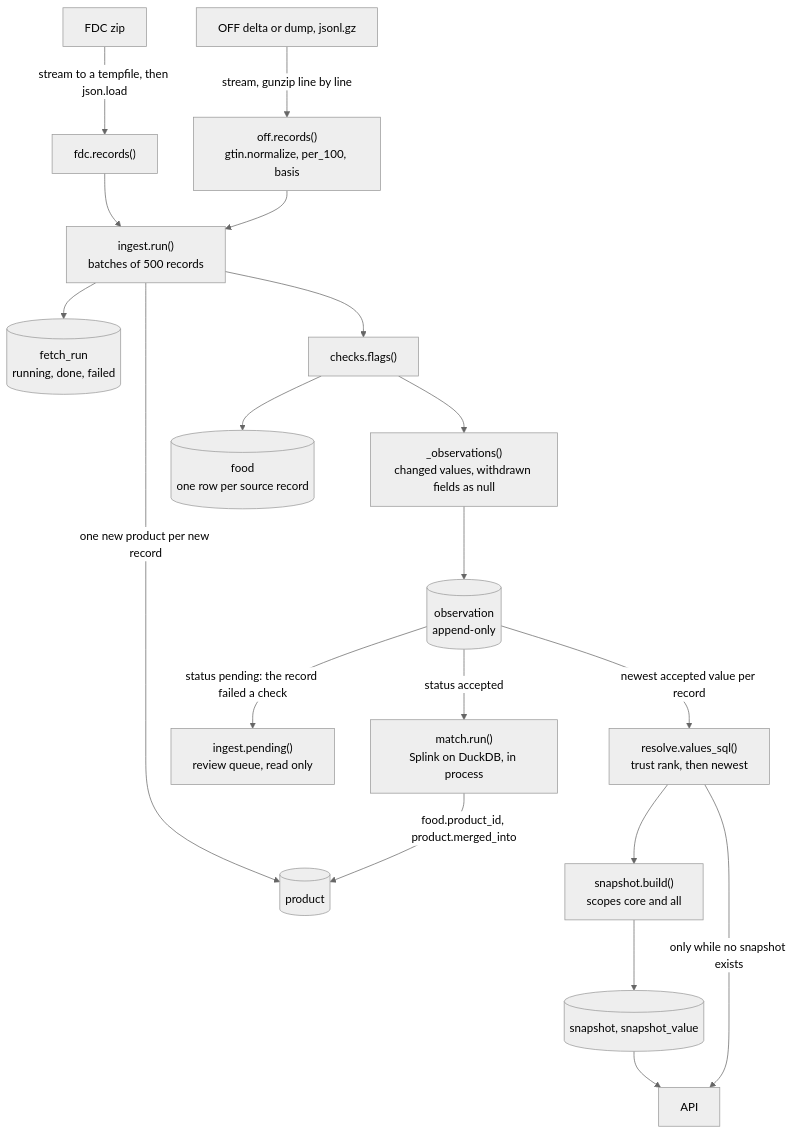
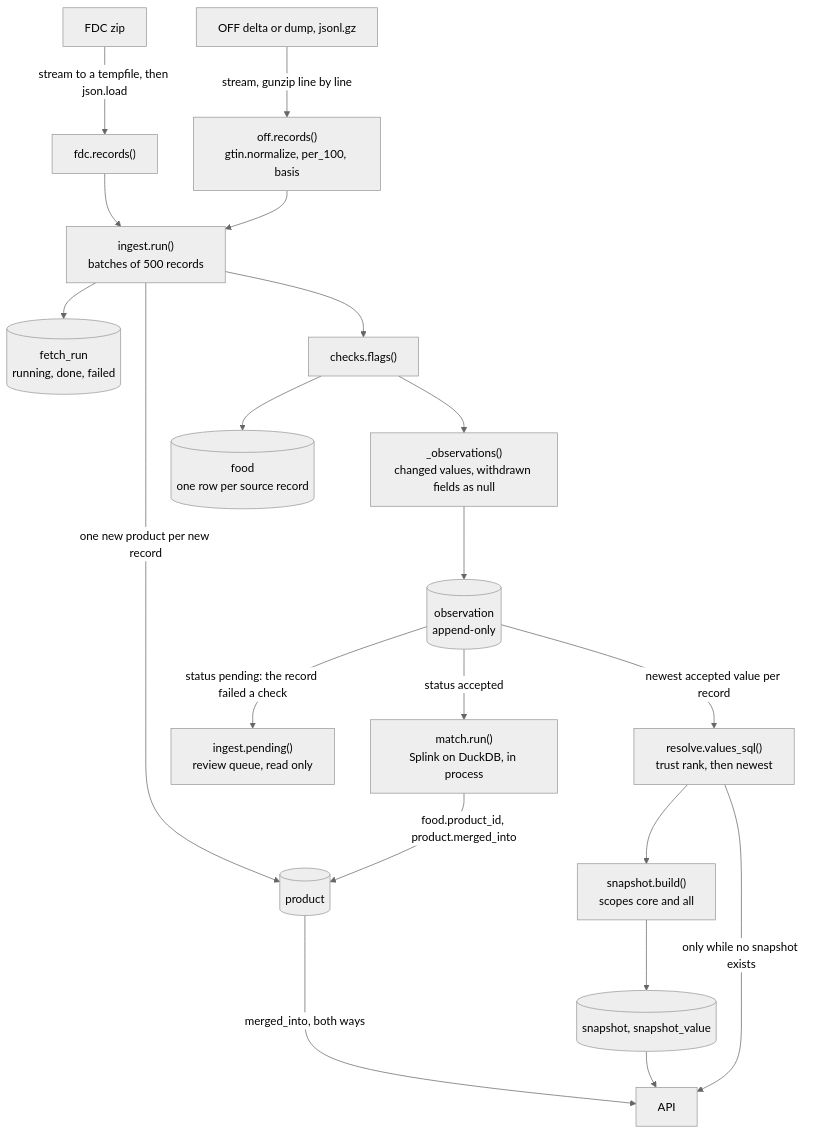
The third of 9 diagrams in docs/architecture.md (eait-fit/fooddb), drawn with Mermaid (neutral theme) before and after one commit. The commit also changed other lines of this file and 8 other files, not shown here.

````diff
--- a/docs/architecture.md
+++ b/docs/architecture.md
@@ -112,21 +112,22 @@
 ```mermaid
 flowchart TD
     fdcsrc["FDC zip"] -->|"stream to a tempfile, then json.load"| fdcrec["fdc.records()"]
     offsrc["OFF delta or dump, jsonl.gz"] -->|"stream, gunzip line by line"| offrec["off.records()<br/>gtin.normalize, per_100, basis"]
     fdcrec --> run["ingest.run()<br/>batches of 500 records"]
     offrec --> run
     run --> fr[("fetch_run<br/>running, done, failed")]
     run -->|"one new product per new record"| prod[("product")]
     run --> chk["checks.flags()"]
     chk --> foodt[("food<br/>one row per source record")]
     chk --> diff["_observations()<br/>changed values, withdrawn fields as null"]
     diff --> obs[("observation<br/>append-only")]
     obs -->|"status pending: the record failed a check"| queue["ingest.pending()<br/>review queue, read only"]
     obs -->|"status accepted"| match["match.run()<br/>Splink on DuckDB, in process"]
     match -->|"food.product_id, product.merged_into"| prod
     obs -->|"newest accepted value per record"| resolver["resolve.values_sql()<br/>trust rank, then newest"]
     resolver --> snap["snapshot.build()<br/>scopes core and all"]
     snap --> sv[("snapshot, snapshot_value")]
     sv --> api["API"]
     resolver -->|"only while no snapshot exists"| api
+    prod -->|"merged_into, both ways"| api
 ```
````
